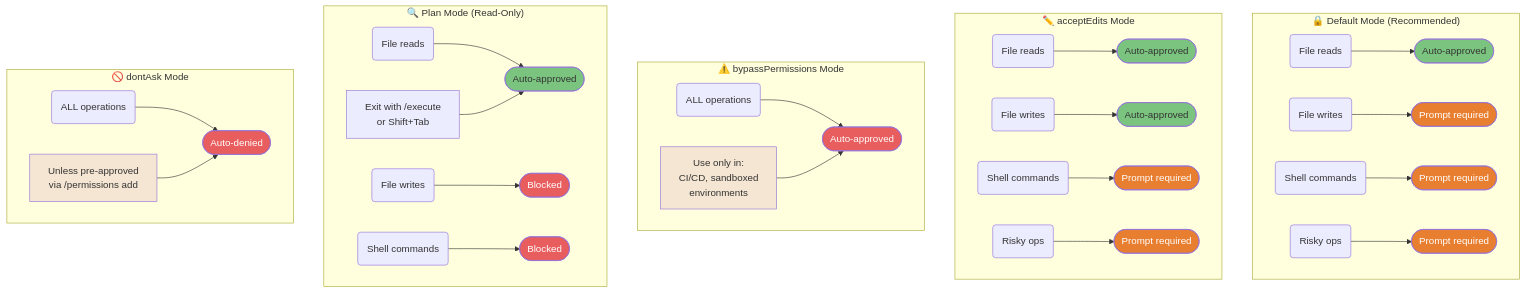
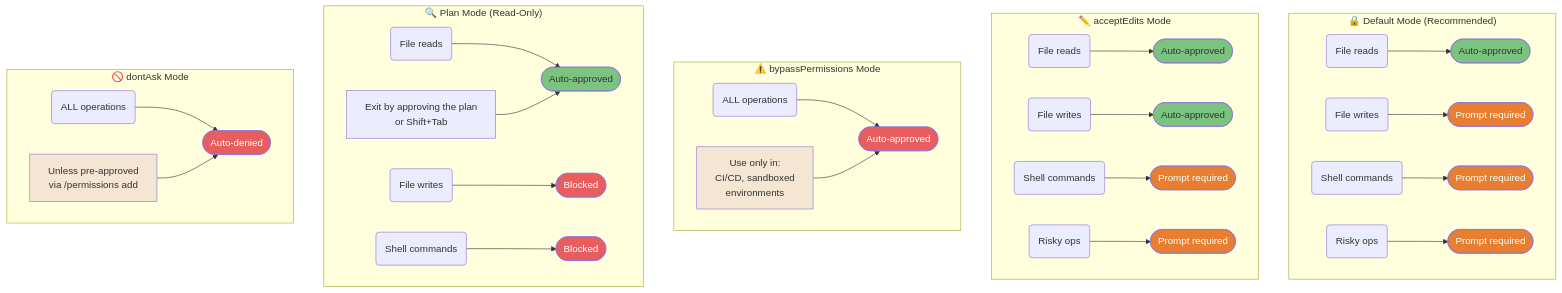
Before and after one commit to FlorianBruniaux/claude-code-ultimate-guide: the fourth of 4 diagrams in guide/diagrams/01-foundations.md, drawn with Mermaid. The commit also changed other lines of this file and 27 other files, not shown here.

````diff
--- a/guide/diagrams/01-foundations.md
+++ b/guide/diagrams/01-foundations.md
@@ -213,79 +213,79 @@
 ```mermaid
 flowchart TD
     subgraph DEFAULT["🔒 Default Mode (Recommended)"]
         D1(File reads) --> D2([Auto-approved])
         D3(File writes) --> D4([Prompt required])
         D5(Shell commands) --> D6([Prompt required])
         D7(Risky ops) --> D8([Prompt required])
     end
 
     subgraph ACCEPT["✏️ acceptEdits Mode"]
         A1(File reads) --> A2([Auto-approved])
         A3(File writes) --> A4([Auto-approved])
         A5(Shell commands) --> A6([Prompt required])
         A7(Risky ops) --> A8([Prompt required])
     end
 
     subgraph BYPASS["⚠️ bypassPermissions Mode"]
         B1(ALL operations) --> B2([Auto-approved])
         B3["Use only in:<br/>CI/CD, sandboxed<br/>environments"] --> B2
     end
 
     subgraph PLAN["🔍 Plan Mode (Read-Only)"]
         PL1(File reads) --> PL2([Auto-approved])
         PL3(File writes) --> PL4([Blocked])
         PL5(Shell commands) --> PL6([Blocked])
-        PL7["Exit with /execute<br/>or Shift+Tab"] --> PL2
+        PL7["Exit by approving the plan<br/>or Shift+Tab"] --> PL2
     end
 
     subgraph DONTASK["🚫 dontAsk Mode"]
         DA1(ALL operations) --> DA2([Auto-denied])
         DA3["Unless pre-approved<br/>via /permissions add"] --> DA2
     end
 
     style D2 fill:#7BC47F,color:#333
     style D4 fill:#E87E2F,color:#fff
     style D6 fill:#E87E2F,color:#fff
     style D8 fill:#E87E2F,color:#fff
     style A2 fill:#7BC47F,color:#333
     style A4 fill:#7BC47F,color:#333
     style A6 fill:#E87E2F,color:#fff
     style A8 fill:#E87E2F,color:#fff
     style B2 fill:#E85D5D,color:#fff
     style B3 fill:#F5E6D3,color:#333
     style PL2 fill:#7BC47F,color:#333
     style PL4 fill:#E85D5D,color:#fff
     style PL6 fill:#E85D5D,color:#fff
     style DA2 fill:#E85D5D,color:#fff
     style DA3 fill:#F5E6D3,color:#333
 
     click D1 href "https://github.com/FlorianBruniaux/claude-code-ultimate-guide/blob/main/guide/ultimate-guide.md#14-permission-modes" "Default Mode — Permission Modes"
     click D2 href "https://github.com/FlorianBruniaux/claude-code-ultimate-guide/blob/main/guide/ultimate-guide.md#14-permission-modes" "Auto-approved"
     click D3 href "https://github.com/FlorianBruniaux/claude-code-ultimate-guide/blob/main/guide/ultimate-guide.md#14-permission-modes" "File writes"
     click D4 href "https://github.com/FlorianBruniaux/claude-code-ultimate-guide/blob/main/guide/ultimate-guide.md#14-permission-modes" "Prompt required"
     click D5 href "https://github.com/FlorianBruniaux/claude-code-ultimate-guide/blob/main/guide/ultimate-guide.md#14-permission-modes" "Shell commands"
     click D6 href "https://github.com/FlorianBruniaux/claude-code-ultimate-guide/blob/main/guide/ultimate-guide.md#14-permission-modes" "Prompt required"
     click D7 href "https://github.com/FlorianBruniaux/claude-code-ultimate-guide/blob/main/guide/ultimate-guide.md#14-permission-modes" "Risky ops"
     click D8 href "https://github.com/FlorianBruniaux/claude-code-ultimate-guide/blob/main/guide/ultimate-guide.md#14-permission-modes" "Prompt required"
     click A1 href "https://github.com/FlorianBruniaux/claude-code-ultimate-guide/blob/main/guide/ultimate-guide.md#14-permission-modes" "acceptEdits Mode"
     click A2 href "https://github.com/FlorianBruniaux/claude-code-ultimate-guide/blob/main/guide/ultimate-guide.md#14-permission-modes" "Auto-approved"
     click A3 href "https://github.com/FlorianBruniaux/claude-code-ultimate-guide/blob/main/guide/ultimate-guide.md#14-permission-modes" "File writes — auto"
     click A4 href "https://github.com/FlorianBruniaux/claude-code-ultimate-guide/blob/main/guide/ultimate-guide.md#14-permission-modes" "Auto-approved"
     click A5 href "https://github.com/FlorianBruniaux/claude-code-ultimate-guide/blob/main/guide/ultimate-guide.md#14-permission-modes" "Shell commands"
     click A6 href "https://github.com/FlorianBruniaux/claude-code-ultimate-guide/blob/main/guide/ultimate-guide.md#14-permission-modes" "Prompt required"
     click A7 href "https://github.com/FlorianBruniaux/claude-code-ultimate-guide/blob/main/guide/ultimate-guide.md#14-permission-modes" "Risky ops"
     click A8 href "https://github.com/FlorianBruniaux/claude-code-ultimate-guide/blob/main/guide/ultimate-guide.md#14-permission-modes" "Prompt required"
     click B1 href "https://github.com/FlorianBruniaux/claude-code-ultimate-guide/blob/main/guide/ultimate-guide.md#14-permission-modes" "bypassPermissions Mode"
     click B2 href "https://github.com/FlorianBruniaux/claude-code-ultimate-guide/blob/main/guide/ultimate-guide.md#14-permission-modes" "Auto-approved (all)"
     click B3 href "https://github.com/FlorianBruniaux/claude-code-ultimate-guide/blob/main/guide/ultimate-guide.md#14-permission-modes" "CI/CD, sandboxed only"
     click PL1 href "https://github.com/FlorianBruniaux/claude-code-ultimate-guide/blob/main/guide/ultimate-guide.md#14-permission-modes" "Plan Mode — File reads"
     click PL2 href "https://github.com/FlorianBruniaux/claude-code-ultimate-guide/blob/main/guide/ultimate-guide.md#14-permission-modes" "Auto-approved"
     click PL3 href "https://github.com/FlorianBruniaux/claude-code-ultimate-guide/blob/main/guide/ultimate-guide.md#14-permission-modes" "Plan Mode — File writes blocked"
     click PL4 href "https://github.com/FlorianBruniaux/claude-code-ultimate-guide/blob/main/guide/ultimate-guide.md#14-permission-modes" "Blocked"
     click PL5 href "https://github.com/FlorianBruniaux/claude-code-ultimate-guide/blob/main/guide/ultimate-guide.md#14-permission-modes" "Plan Mode — Shell commands blocked"
     click PL6 href "https://github.com/FlorianBruniaux/claude-code-ultimate-guide/blob/main/guide/ultimate-guide.md#14-permission-modes" "Blocked"
     click PL7 href "https://github.com/FlorianBruniaux/claude-code-ultimate-guide/blob/main/guide/ultimate-guide.md#14-permission-modes" "Exit Plan Mode"
     click DA1 href "https://github.com/FlorianBruniaux/claude-code-ultimate-guide/blob/main/guide/ultimate-guide.md#14-permission-modes" "dontAsk Mode — All operations"
     click DA2 href "https://github.com/FlorianBruniaux/claude-code-ultimate-guide/blob/main/guide/ultimate-guide.md#14-permission-modes" "Auto-denied"
     click DA3 href "https://github.com/FlorianBruniaux/claude-code-ultimate-guide/blob/main/guide/ultimate-guide.md#14-permission-modes" "Pre-approve via /permissions add"
 ```
````
